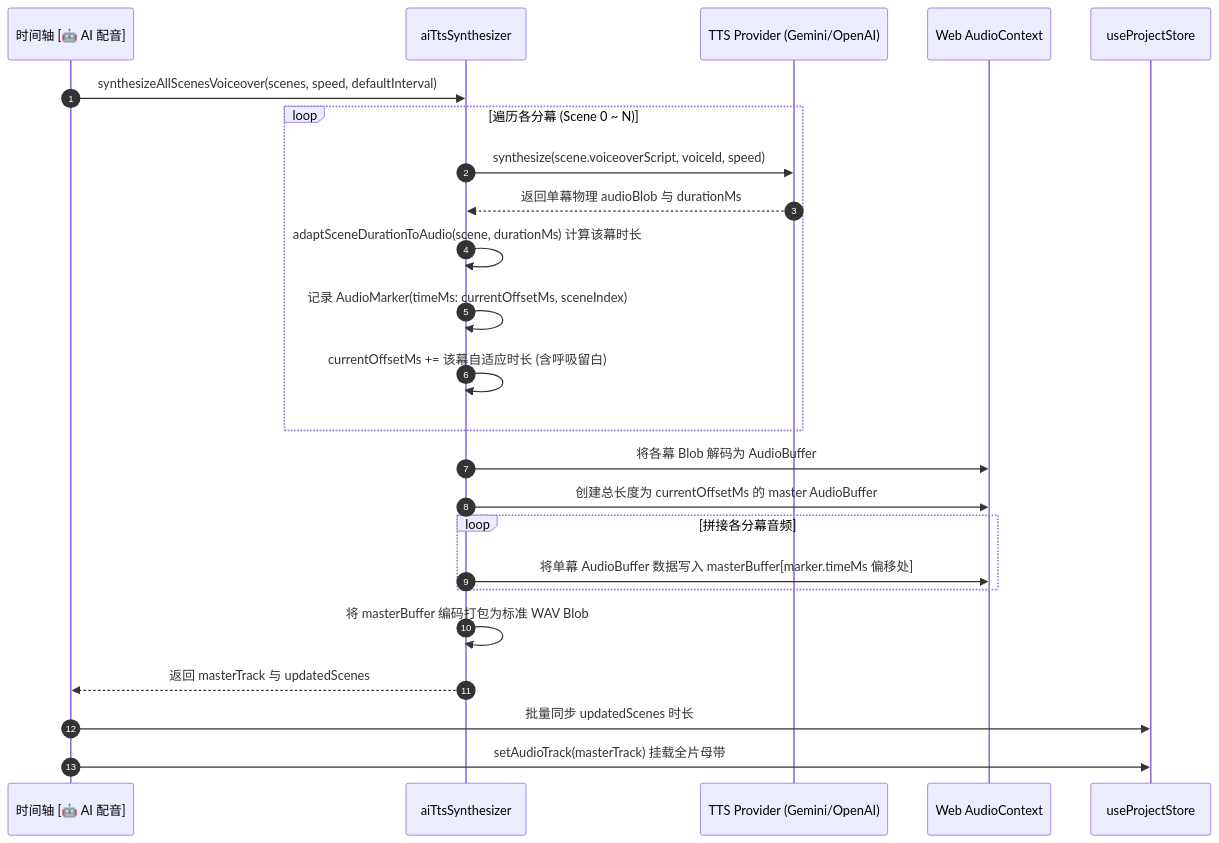
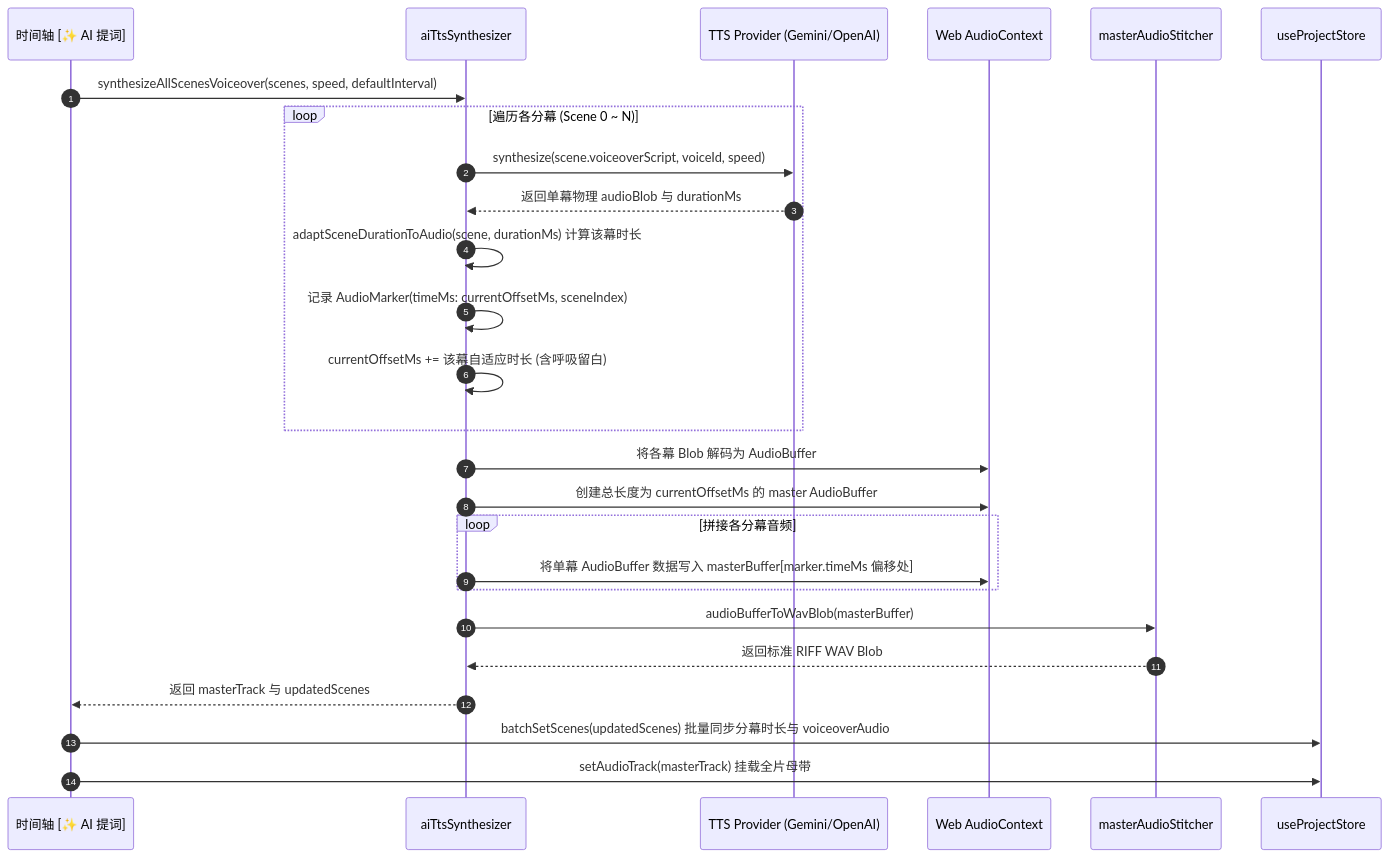
The second of 2 diagrams in docs/SCENE_VOICEOVER_AND_AUDIO_TRACK_MODELS.md (tumio-ltd/focusflow), drawn with Mermaid before and after one commit. The commit also changed other lines of this file and 42 other files, not shown here.

````diff
--- a/docs/SCENE_VOICEOVER_AND_AUDIO_TRACK_MODELS.md
+++ b/docs/SCENE_VOICEOVER_AND_AUDIO_TRACK_MODELS.md
@@ -106,29 +129,31 @@
 ```mermaid
 sequenceDiagram
     autonumber
-    participant UI as 时间轴 [🤖 AI 配音]
+    participant UI as 时间轴 [✨ AI 提词]
     participant Synth as aiTtsSynthesizer
     participant Provider as TTS Provider (Gemini/OpenAI)
     participant WebAudio as Web AudioContext
+    participant Stitcher as masterAudioStitcher
     participant Store as useProjectStore
 
     UI->>Synth: synthesizeAllScenesVoiceover(scenes, speed, defaultInterval)
     loop 遍历各分幕 (Scene 0 ~ N)
         Synth->>Provider: synthesize(scene.voiceoverScript, voiceId, speed)
         Provider-->>Synth: 返回单幕物理 audioBlob 与 durationMs
         Synth->>Synth: adaptSceneDurationToAudio(scene, durationMs) 计算该幕时长
         Synth->>Synth: 记录 AudioMarker(timeMs: currentOffsetMs, sceneIndex)
         Synth->>Synth: currentOffsetMs += 该幕自适应时长 (含呼吸留白)
     end
 
     Synth->>WebAudio: 将各幕 Blob 解码为 AudioBuffer
     Synth->>WebAudio: 创建总长度为 currentOffsetMs 的 master AudioBuffer
     loop 拼接各分幕音频
         Synth->>WebAudio: 将单幕 AudioBuffer 数据写入 masterBuffer[marker.timeMs 偏移处]
     end
-    Synth->>Synth: 将 masterBuffer 编码打包为标准 WAV Blob
+    Synth->>Stitcher: audioBufferToWavBlob(masterBuffer)
+    Stitcher-->>Synth: 返回标准 RIFF WAV Blob
 
     Synth-->>UI: 返回 masterTrack 与 updatedScenes
-    UI->>Store: 批量同步 updatedScenes 时长
+    UI->>Store: batchSetScenes(updatedScenes) 批量同步分幕时长与 voiceoverAudio
     UI->>Store: setAudioTrack(masterTrack) 挂载全片母带
 ```
````
